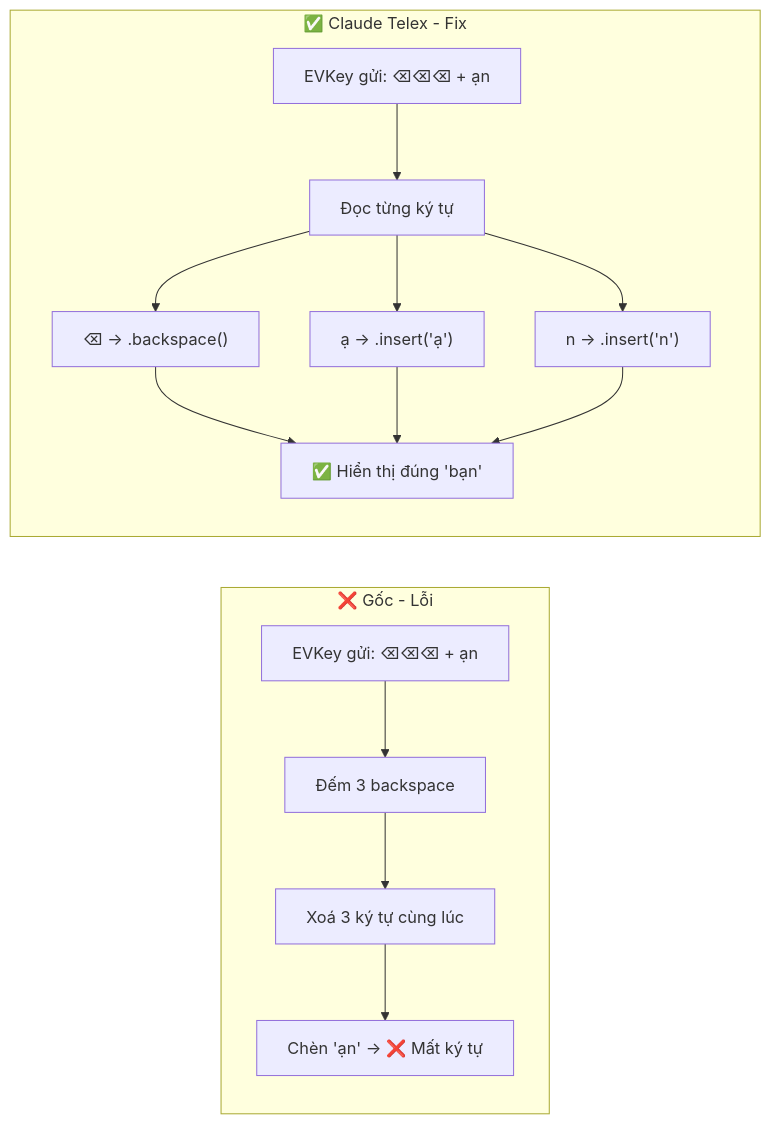
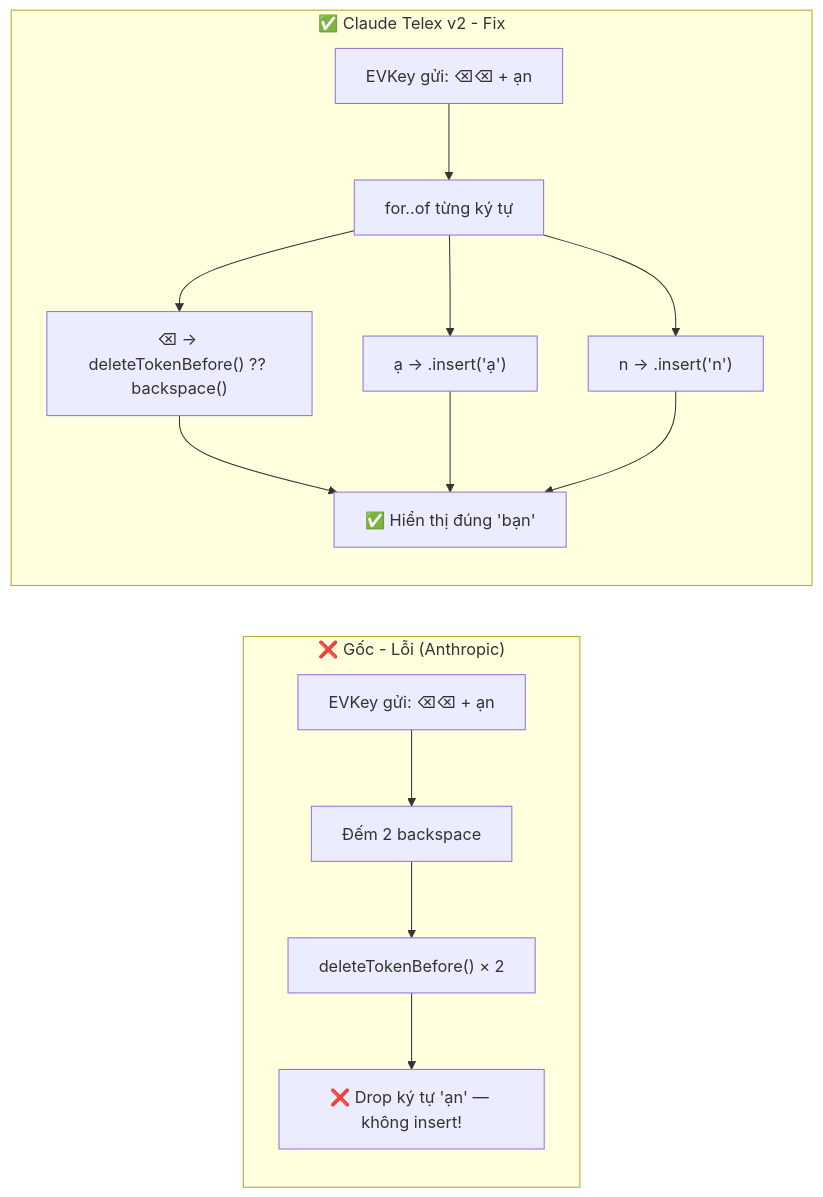
The first of 6 diagrams in README.md (nguyenhx2/Claude-Telex), drawn with Mermaid before and after one commit. The commit also changed other lines of this file, not shown here.

````diff
--- a/README.md
+++ b/README.md
@@ -31,15 +41,15 @@
 ```mermaid
 flowchart LR
-    subgraph "❌ Gốc - Lỗi"
-        A[EVKey gửi: ⌫⌫⌫ + ạn] --> B[Đếm 3 backspace]
-        B --> C[Xoá 3 ký tự cùng lúc]
-        C --> D[Chèn 'ạn' → ❌ Mất ký tự]
+    subgraph "❌ Gốc - Lỗi (Anthropic)"
+        A["EVKey gửi: ⌫⌫ + ạn"] --> B["Đếm 2 backspace"]
+        B --> C["deleteTokenBefore() × 2"]
+        C --> D["❌ Drop ký tự 'ạn' — không insert!"]
     end
-    subgraph "✅ Claude Telex - Fix"
-        E[EVKey gửi: ⌫⌫⌫ + ạn] --> F[Đọc từng ký tự]
-        F --> G["⌫ → .backspace()"]
+    subgraph "✅ Claude Telex v2 - Fix"
+        E["EVKey gửi: ⌫⌫ + ạn"] --> F["for..of từng ký tự"]
+        F --> G["⌫ → deleteTokenBefore() ?? backspace()"]
         F --> H["ạ → .insert('ạ')"]
         F --> I["n → .insert('n')"]
-        G & H & I --> J[✅ Hiển thị đúng 'bạn']
+        G & H & I --> J["✅ Hiển thị đúng 'bạn'"]
     end
 ```
````
